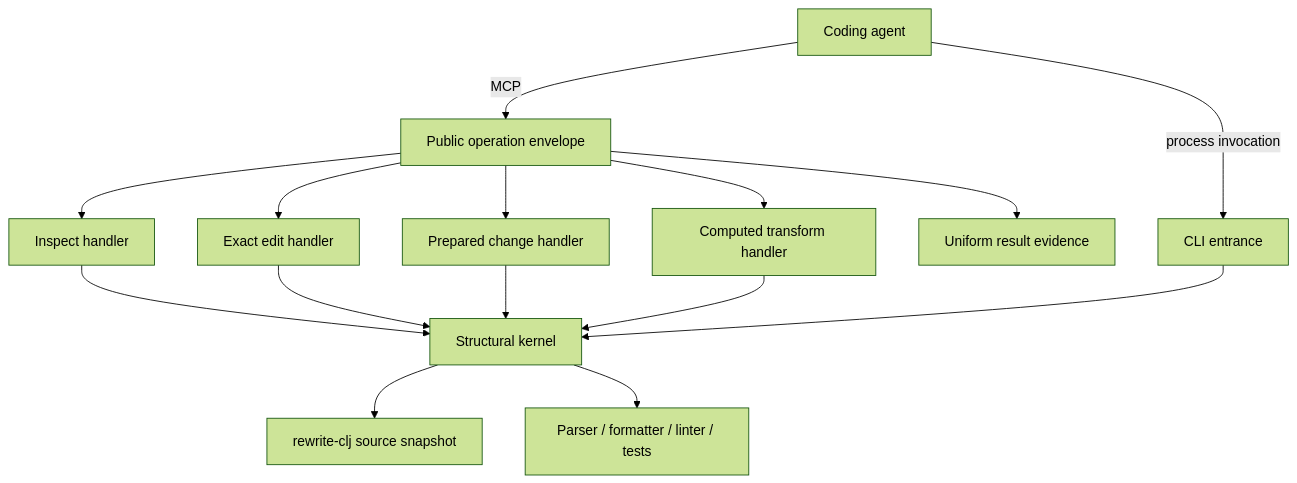
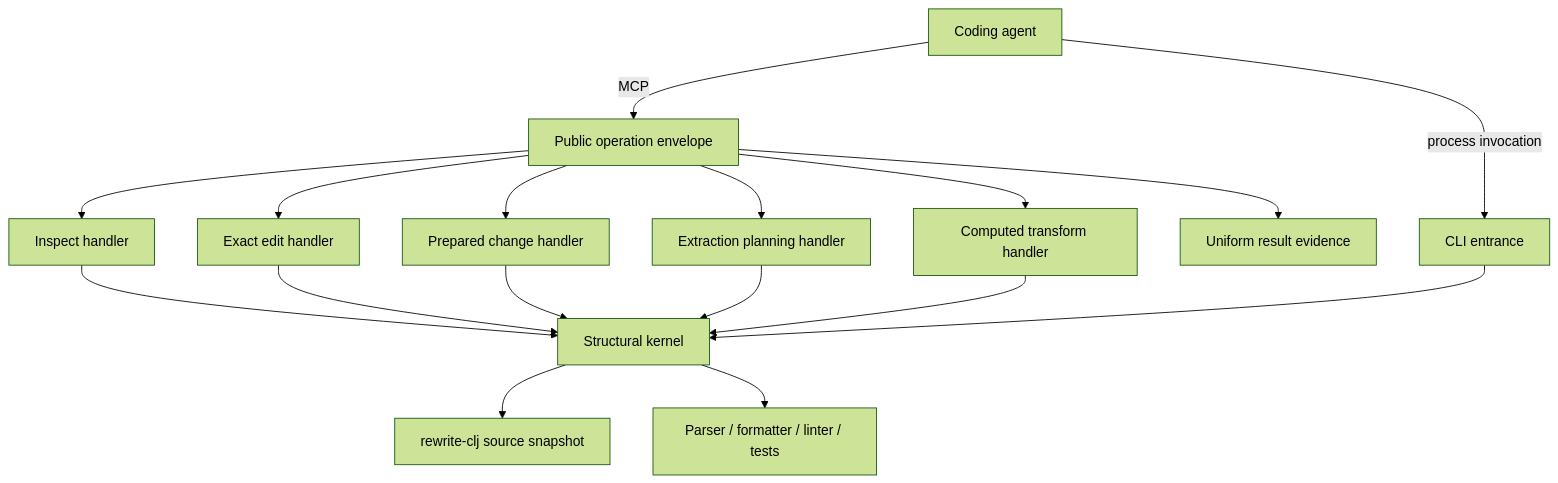
Before and after one commit to realgenekim/clj-surgeon: the diagram in docs/high-level-design.md, drawn with Mermaid (forest theme). The commit also changed other lines of this file and 2 other files, not shown here.

Commit message:
Design snapshot-bound extraction planning

````diff
--- a/docs/high-level-design.md
+++ b/docs/high-level-design.md
@@ -79,17 +79,19 @@
 ```mermaid
 flowchart TD
     A[Coding agent] -->|MCP| E[Public operation envelope]
     A -->|process invocation| C[CLI entrance]
     E --> I[Inspect handler]
     E --> X[Exact edit handler]
     E --> P[Prepared change handler]
+    E --> L[Extraction planning handler]
     E --> T[Computed transform handler]
     I --> K[Structural kernel]
     X --> K
     P --> K
+    L --> K
     T --> K
     C --> K
     K --> S[rewrite-clj source snapshot]
     K --> V[Parser / formatter / linter / tests]
     E --> R[Uniform result evidence]
 ```
````
